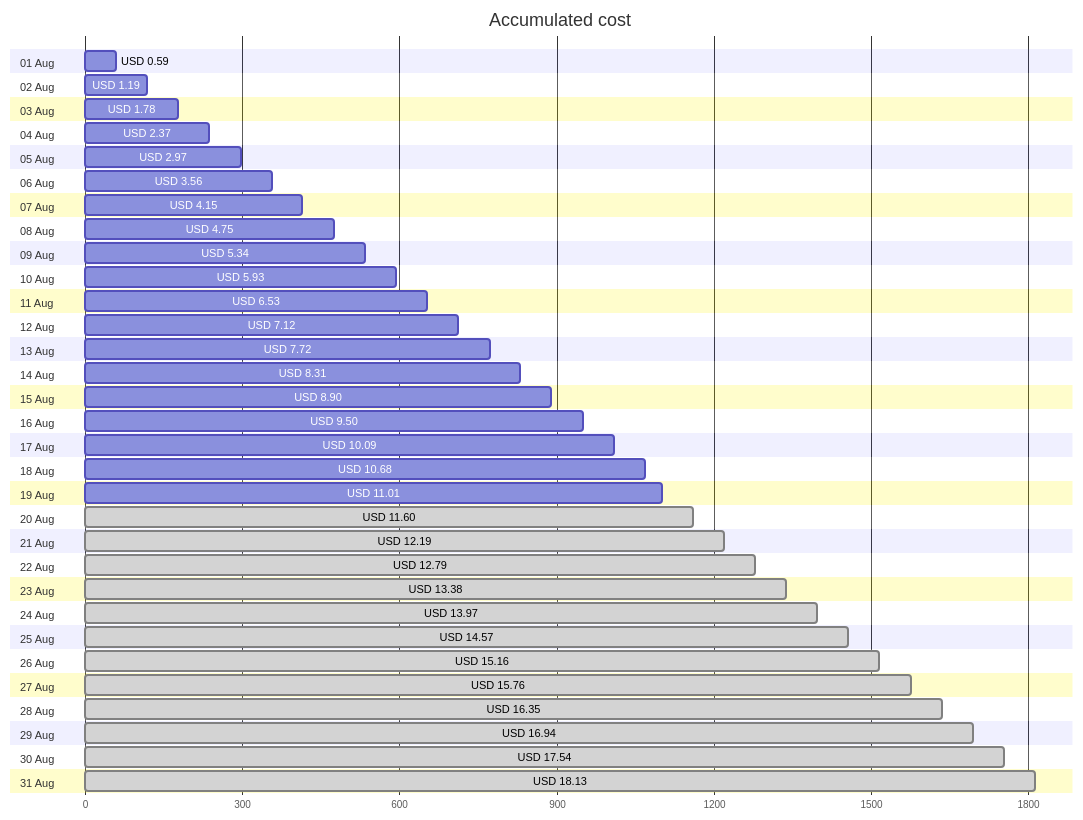
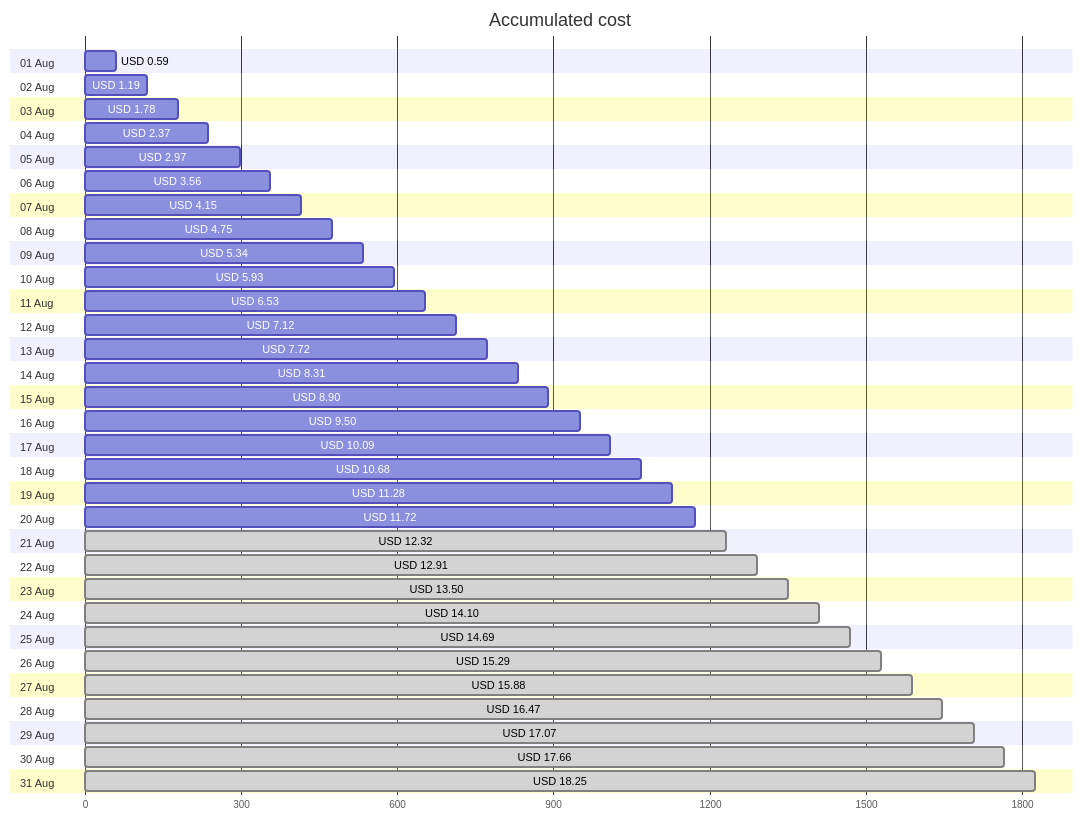
The first of 4 diagrams in cost-reports/personal-site/README.md (jpfulton/azure-personal-reports), drawn with Mermaid before and after one commit. The commit also changed other lines of this file and 6 other files, not shown here.

````diff
--- a/cost-reports/personal-site/README.md
+++ b/cost-reports/personal-site/README.md
@@ -20,68 +20,68 @@
 ```mermaid
 gantt
    title Accumulated cost
    dateFormat  X
    axisFormat %s
    section 01 Aug
    USD 0.59 :0, 59
    section 02 Aug
    USD 1.19 :0, 119
    section 03 Aug
    USD 1.78 :0, 178
    section 04 Aug
    USD 2.37 :0, 237
    section 05 Aug
    USD 2.97 :0, 297
    section 06 Aug
    USD 3.56 :0, 356
    section 07 Aug
    USD 4.15 :0, 415
    section 08 Aug
    USD 4.75 :0, 475
    section 09 Aug
    USD 5.34 :0, 534
    section 10 Aug
    USD 5.93 :0, 593
    section 11 Aug
    USD 6.53 :0, 653
    section 12 Aug
    USD 7.12 :0, 712
    section 13 Aug
    USD 7.72 :0, 772
    section 14 Aug
    USD 8.31 :0, 831
    section 15 Aug
    USD 8.90 :0, 890
    section 16 Aug
    USD 9.50 :0, 950
    section 17 Aug
    USD 10.09 :0, 1009
    section 18 Aug
    USD 10.68 :0, 1068
    section 19 Aug
-   USD 11.01 :0, 1101
+   USD 11.28 :0, 1128
    section 20 Aug
-   USD 11.60 : done, 0, 1160
+   USD 11.72 :0, 1172
    section 21 Aug
-   USD 12.19 : done, 0, 1219
+   USD 12.32 : done, 0, 1232
    section 22 Aug
-   USD 12.79 : done, 0, 1279
+   USD 12.91 : done, 0, 1291
    section 23 Aug
-   USD 13.38 : done, 0, 1338
+   USD 13.50 : done, 0, 1350
    section 24 Aug
-   USD 13.97 : done, 0, 1397
+   USD 14.10 : done, 0, 1410
    section 25 Aug
-   USD 14.57 : done, 0, 1457
+   USD 14.69 : done, 0, 1469
    section 26 Aug
-   USD 15.16 : done, 0, 1516
+   USD 15.29 : done, 0, 1529
    section 27 Aug
-   USD 15.76 : done, 0, 1576
+   USD 15.88 : done, 0, 1588
    section 28 Aug
-   USD 16.35 : done, 0, 1635
+   USD 16.47 : done, 0, 1647
    section 29 Aug
-   USD 16.94 : done, 0, 1694
+   USD 17.07 : done, 0, 1707
    section 30 Aug
-   USD 17.54 : done, 0, 1754
+   USD 17.66 : done, 0, 1766
    section 31 Aug
-   USD 18.13 : done, 0, 1813
+   USD 18.25 : done, 0, 1825
 ```
````
